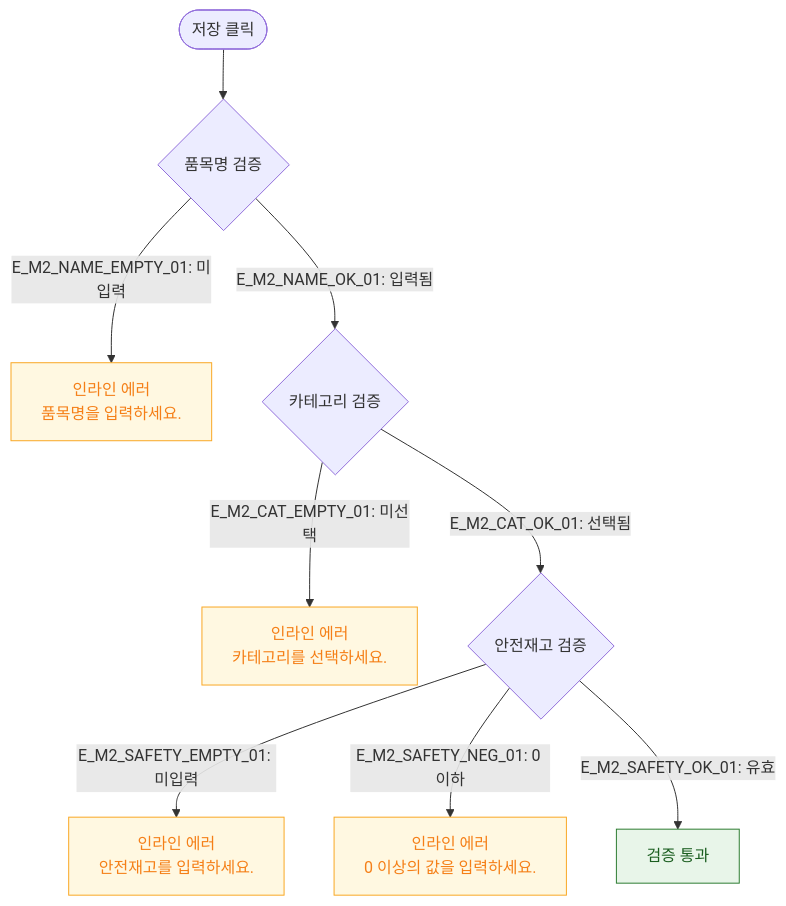
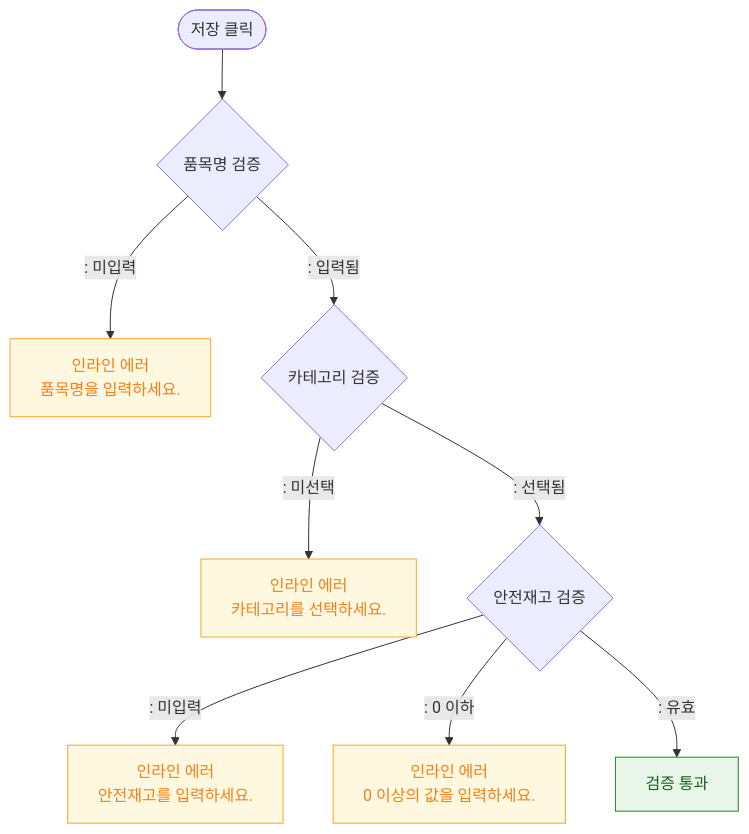
The diagram in docs/다이어그램/D06_시설관리/DLG/DLG-057-001_소모품등록/M2_필드검증.md (dev-spogym/admin-pando), drawn with Mermaid before and after one commit. The commit also changed other lines of this file and 1660 other files, not shown here.

First line of the commit message:
다이어그램: 기획자/클라이언트 납품본으로 정리

````diff
--- a/docs/다이어그램/D06_시설관리/DLG/DLG-057-001_소모품등록/M2_필드검증.md
+++ b/docs/다이어그램/D06_시설관리/DLG/DLG-057-001_소모품등록/M2_필드검증.md
@@ -16,16 +14,16 @@
 ```mermaid
 flowchart TD
     SUBMIT([저장 클릭]) --> V1{품목명 검증}
-    V1 -->|"E_M2_NAME_EMPTY_01: 미입력"| ErrName[인라인 에러\n품목명을 입력하세요.]
-    V1 -->|"E_M2_NAME_OK_01: 입력됨"| V2{카테고리 검증}
-    V2 -->|"E_M2_CAT_EMPTY_01: 미선택"| ErrCat[인라인 에러\n카테고리를 선택하세요.]
-    V2 -->|"E_M2_CAT_OK_01: 선택됨"| V3{안전재고 검증}
-    V3 -->|"E_M2_SAFETY_EMPTY_01: 미입력"| ErrSafety[인라인 에러\n안전재고를 입력하세요.]
-    V3 -->|"E_M2_SAFETY_NEG_01: 0 이하"| ErrNeg[인라인 에러\n0 이상의 값을 입력하세요.]
-    V3 -->|"E_M2_SAFETY_OK_01: 유효"| PASS[검증 통과]
+    V1 -->|": 미입력"|ErrName[인라인 에러\n품목명을 입력하세요.]
+    V1 -->|": 입력됨"|V2{카테고리 검증}
+    V2 -->|": 미선택"|ErrCat[인라인 에러\n카테고리를 선택하세요.]
+    V2 -->|": 선택됨"|V3{안전재고 검증}
+    V3 -->|": 미입력"|ErrSafety[인라인 에러\n안전재고를 입력하세요.]
+    V3 -->|": 0 이하"|ErrNeg[인라인 에러\n0 이상의 값을 입력하세요.]
+    V3 -->|": 유효"|PASS[검증 통과]
 
     classDef warning fill:#FFF8E1,stroke:#F9A825,color:#F57F17
     classDef success fill:#E8F5E9,stroke:#2E7D32,color:#1B5E20
     class ErrName,ErrCat,ErrSafety,ErrNeg warning
     class PASS success
 ```
````
